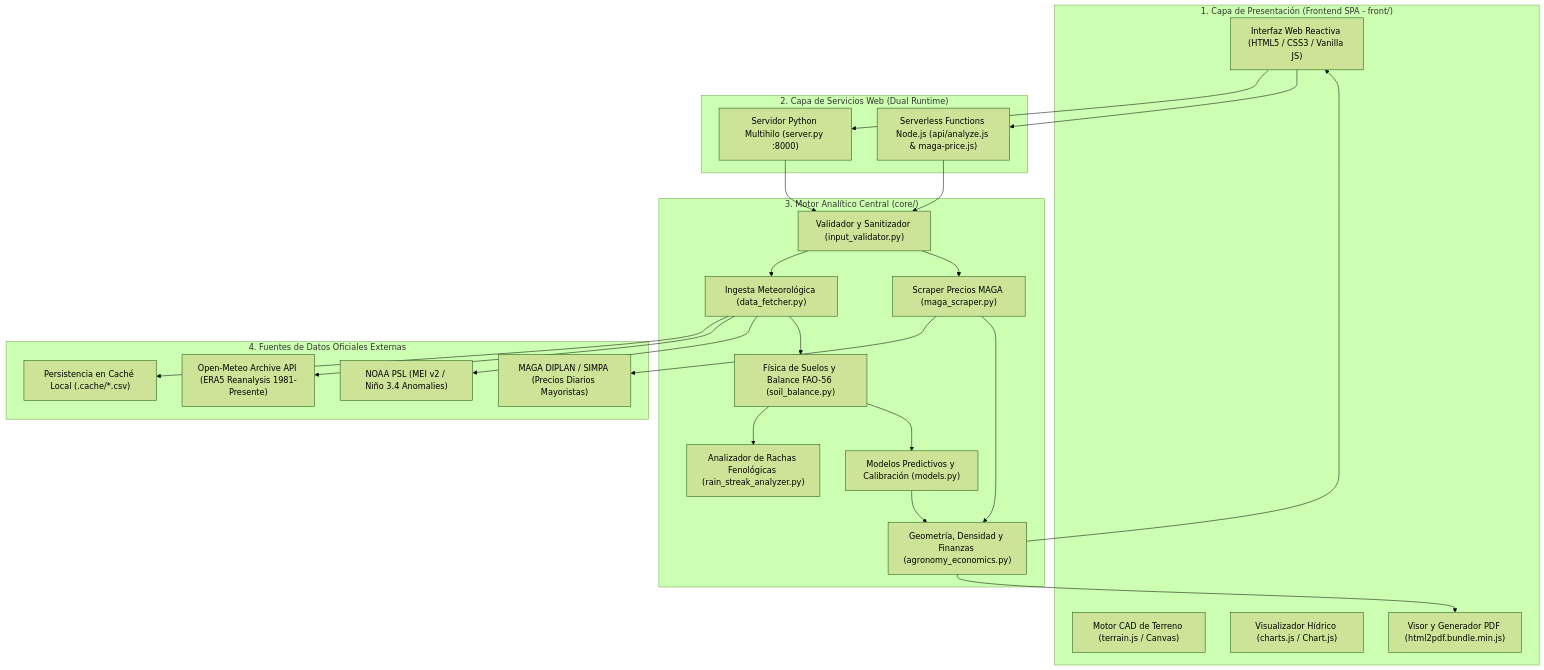
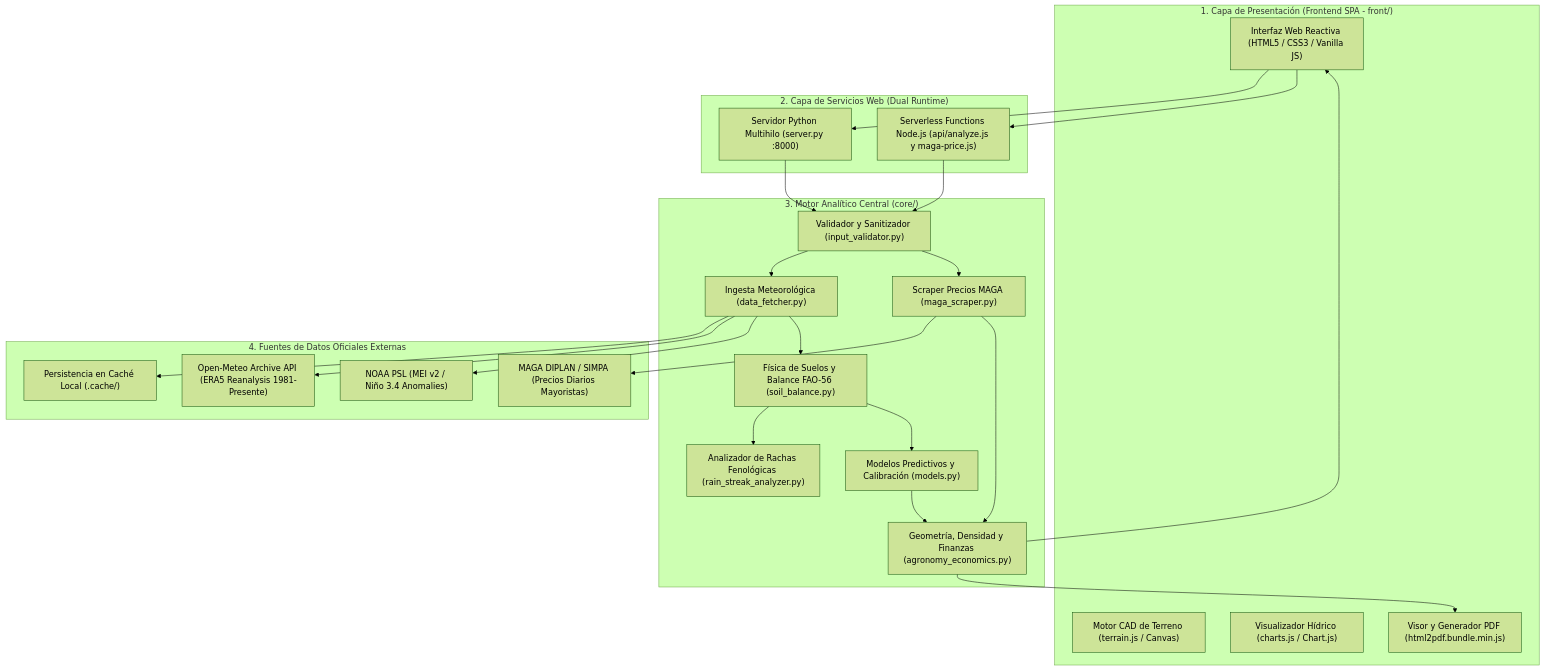
Before and after one commit to GimenaMP/analizador: the first of 2 diagrams in DOCUMENTACION_TECNICA.md, drawn with Mermaid (forest theme). The commit also changed other lines of this file and 1 other file, not shown here.

Commit message:
docs: compilar y generar PDF oficial de la documentacion tecnica con formulas KaTeX y diagramas

````diff
--- a/DOCUMENTACION_TECNICA.md
+++ b/DOCUMENTACION_TECNICA.md
@@ -43,49 +43,49 @@
 ```mermaid
 flowchart TD
     subgraph Cliente["1. Capa de Presentación (Frontend SPA - front/)"]
         UI["Interfaz Web Reactiva (HTML5 / CSS3 / Vanilla JS)"]
         CAD["Motor CAD de Terreno (terrain.js / Canvas)"]
         Chart["Visualizador Hídrico (charts.js / Chart.js)"]
         PDF_W["Visor y Generador PDF (html2pdf.bundle.min.js)"]
     end
 
     subgraph API_Gateways["2. Capa de Servicios Web (Dual Runtime)"]
         LocalServer["Servidor Python Multihilo (server.py :8000)"]
-        VercelFunc["Serverless Functions Node.js (api/analyze.js & maga-price.js)"]
+        VercelFunc["Serverless Functions Node.js (api/analyze.js y maga-price.js)"]
     end
 
     subgraph Core_Engine["3. Motor Analítico Central (core/)"]
         Val["Validador y Sanitizador (input_validator.py)"]
         Fetcher["Ingesta Meteorológica (data_fetcher.py)"]
         Soil["Física de Suelos y Balance FAO-56 (soil_balance.py)"]
         Streak["Analizador de Rachas Fenológicas (rain_streak_analyzer.py)"]
         ML["Modelos Predictivos y Calibración (models.py)"]
         Econ["Geometría, Densidad y Finanzas (agronomy_economics.py)"]
         Scraper["Scraper Precios MAGA (maga_scraper.py)"]
     end
 
     subgraph Data_Sources["4. Fuentes de Datos Oficiales Externas"]
         OpenMeteo["Open-Meteo Archive API (ERA5 Reanalysis 1981-Presente)"]
         NOAA["NOAA PSL (MEI v2 / Niño 3.4 Anomalies)"]
         MAGA["MAGA DIPLAN / SIMPA (Precios Diarios Mayoristas)"]
-        CacheDisk["Persistencia en Caché Local (.cache/*.csv)"]
+        CacheDisk["Persistencia en Caché Local (.cache/)"]
     end
 
     UI --> LocalServer
     UI --> VercelFunc
     LocalServer --> Val
     VercelFunc --> Val
     Val --> Fetcher
     Val --> Scraper
     Fetcher --> CacheDisk
     Fetcher --> OpenMeteo
     Fetcher --> NOAA
     Scraper --> MAGA
     Fetcher --> Soil
     Soil --> Streak
     Soil --> ML
     ML --> Econ
     Scraper --> Econ
     Econ --> UI
     Econ --> PDF_W
 ```
````
